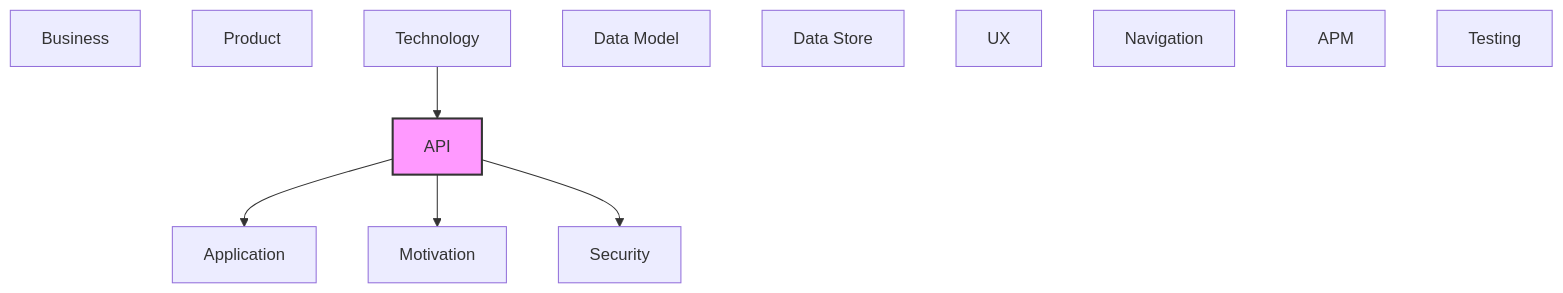
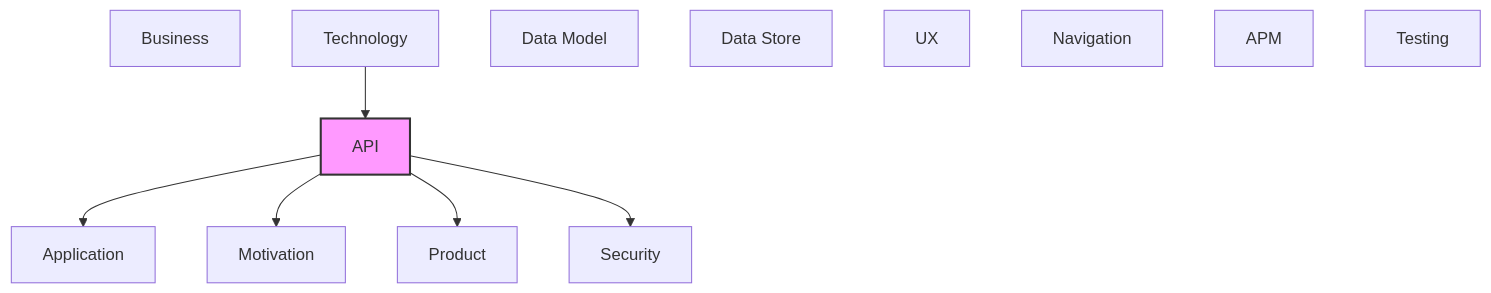
The diagram in documentation-robotics/reports/07-api-layer-report.md (tinkermonkey/documentation_robotics_viewer), drawn with Mermaid before and after one commit. The commit also changed other lines of this file and 68 other files, not shown here.

````diff
--- a/documentation-robotics/reports/07-api-layer-report.md
+++ b/documentation-robotics/reports/07-api-layer-report.md
@@ -72,22 +76,23 @@
 ```mermaid
 flowchart TB
   classDef current fill:#f9f,stroke:#333,stroke-width:2px
   motivation["Motivation"]
   business["Business"]
   product["Product"]
   security["Security"]
   application["Application"]
   technology["Technology"]
   api["API"]
   data_model["Data Model"]
   data_store["Data Store"]
   ux["UX"]
   navigation["Navigation"]
   apm["APM"]
   testing["Testing"]
   api --> application
   api --> motivation
+  api --> product
   api --> security
   technology --> api
   class api current
 ```
````
